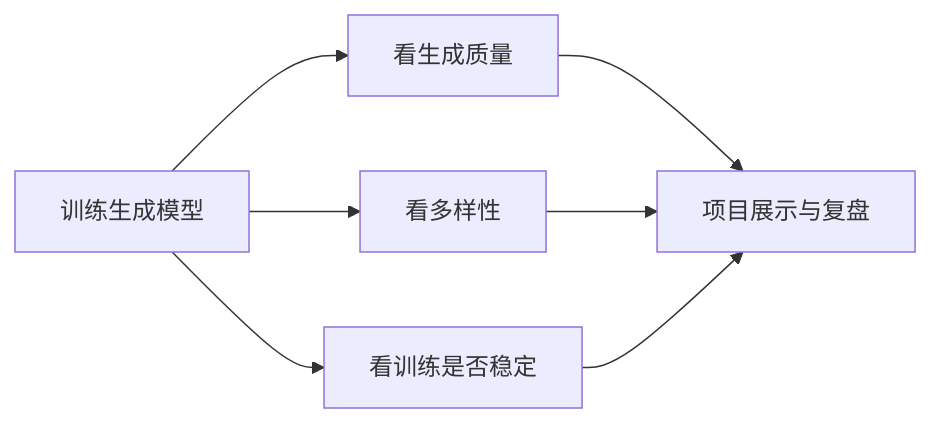
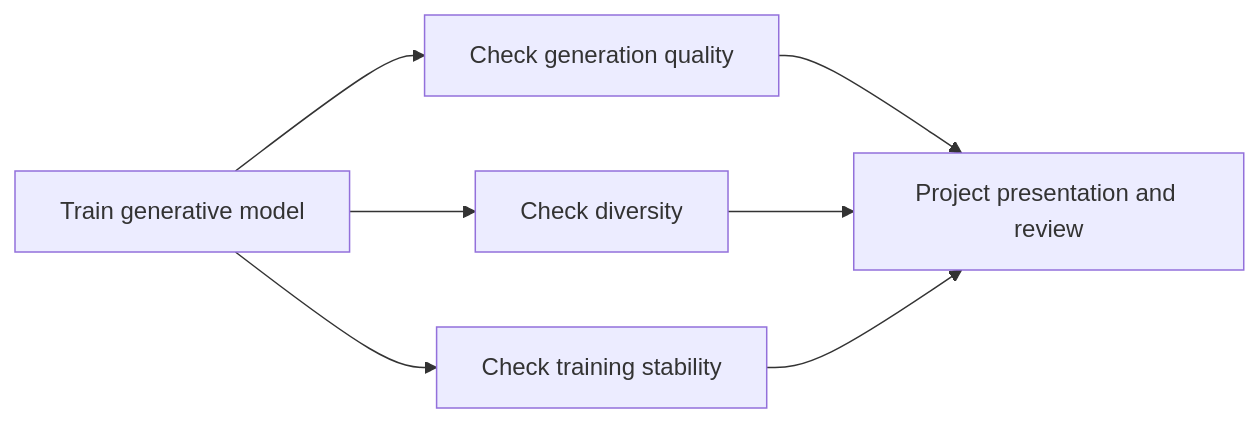
Before and after one commit to oudbiao/AI-fullstack-course: the first of 2 diagrams in docs/ch06-deep-learning/ch08-projects/03-generative-practice.md, drawn with Mermaid. The commit also changed other lines of this file and 1406 other files, not shown here.

````diff
--- a/docs/ch06-deep-learning/ch08-projects/03-generative-practice.md
+++ b/docs/ch06-deep-learning/ch08-projects/03-generative-practice.md
@@ -36,9 +36,9 @@
 ```mermaid
 flowchart LR
-    A["训练生成模型"] --> B["看生成质量"]
-    A --> C["看多样性"]
-    A --> D["看训练是否稳定"]
-    B --> E["项目展示与复盘"]
+    A["Train generative model"] --> B["Check generation quality"]
+    A --> C["Check diversity"]
+    A --> D["Check training stability"]
+    B --> E["Project presentation and review"]
     C --> E
     D --> E
 ```
````
